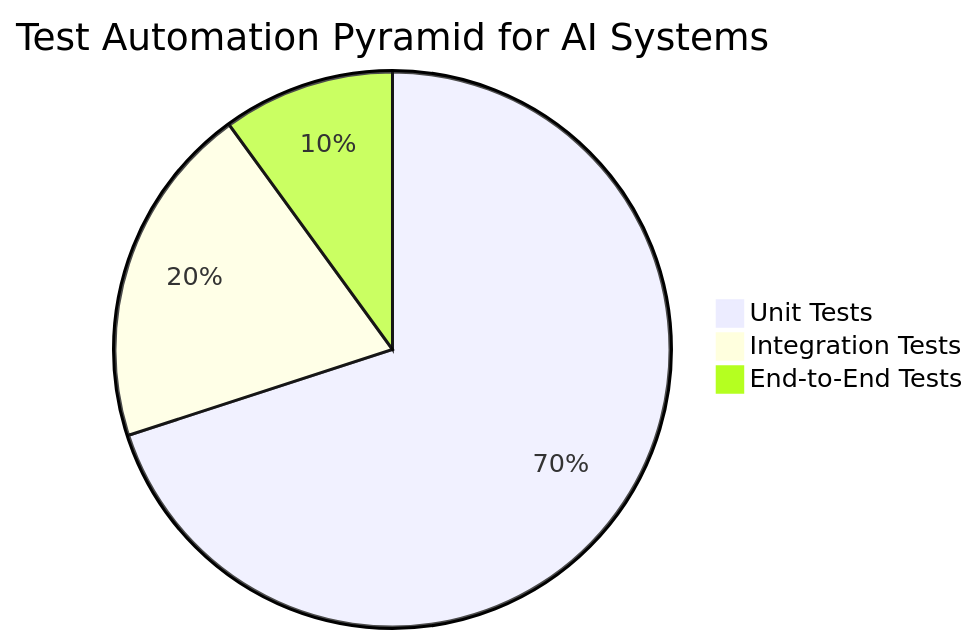
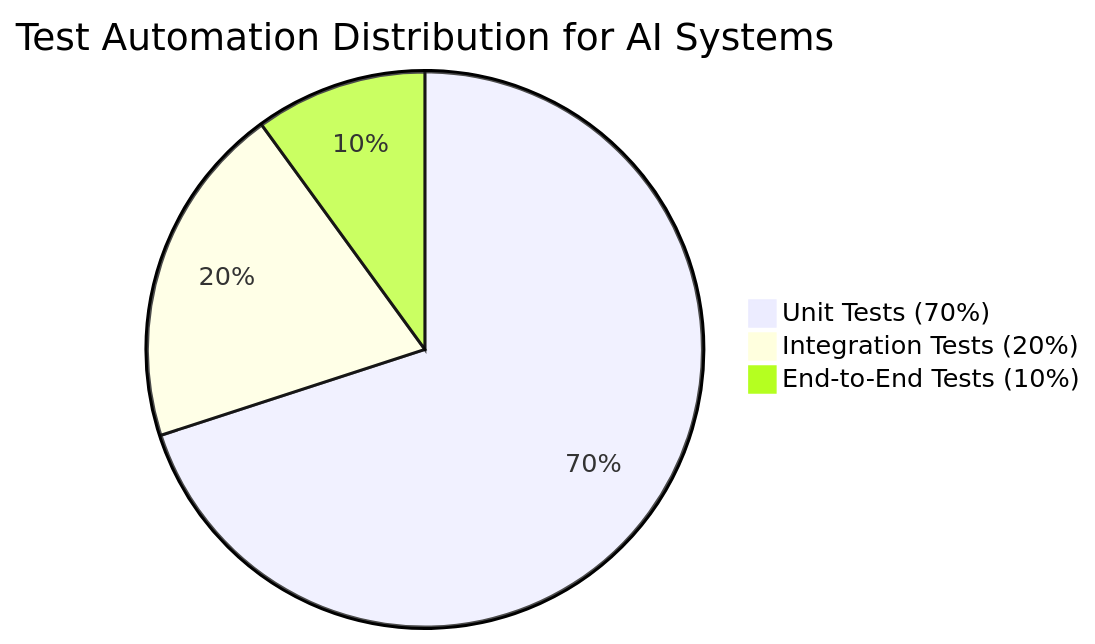
Before and after one commit to saptak/saptak.github.io: the second of 6 diagrams in _posts/2025-05-13-evals-best-practices.md, drawn with Mermaid. The commit also changed other lines of this file, not shown here.

````diff
--- a/_posts/2025-05-13-evals-best-practices.md
+++ b/_posts/2025-05-13-evals-best-practices.md
@@ -131,6 +131,6 @@
 ```mermaid
-pie title Test Automation Pyramid for AI Systems
-    "Unit Tests" : 70
-    "Integration Tests" : 20
-    "End-to-End Tests" : 10
+pie title Test Automation Distribution for AI Systems
+    "Unit Tests (70%)" : 70
+    "Integration Tests (20%)" : 20
+    "End-to-End Tests (10%)" : 10
 ```
````
